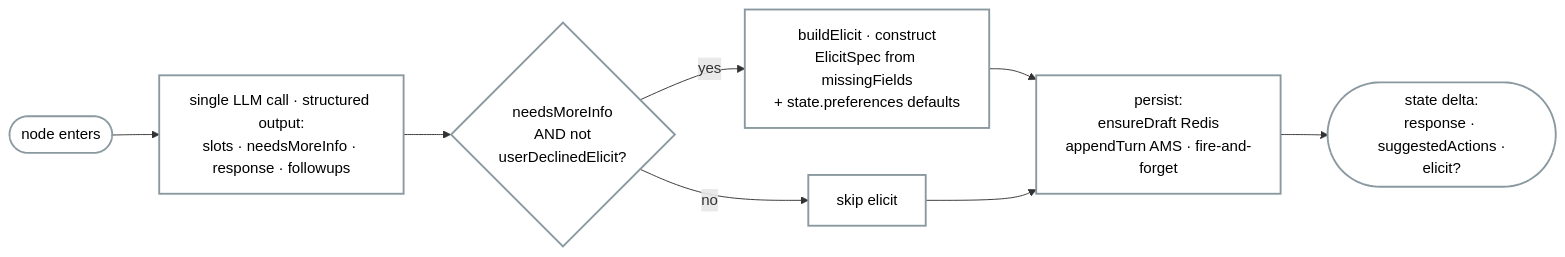
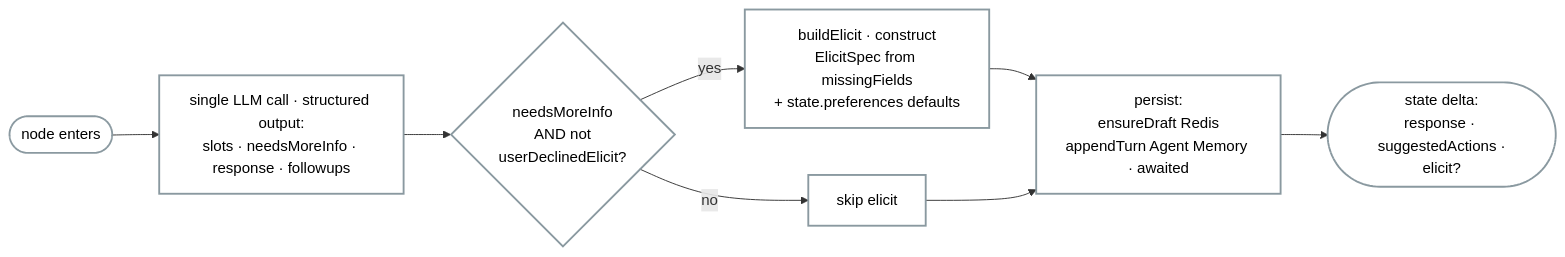
The fourth of 4 diagrams in docs/diagrams/03-langgraph-workflows.md (booleanhunter/travel-planning-agent-agui-langraph), drawn with Mermaid before and after one commit. The commit also changed other lines of this file and 8 other files, not shown here.

First line of the commit message:
docs(diagrams): realign memory to the hosted redis-iris service

````diff
--- a/docs/diagrams/03-langgraph-workflows.md
+++ b/docs/diagrams/03-langgraph-workflows.md
@@ -91,13 +91,13 @@
 ```mermaid
 flowchart LR
     IN([node enters]) --> LLM[single LLM call · structured output:<br/>slots · needsMoreInfo · response · followups]
     LLM --> ELI{needsMoreInfo<br/>AND not<br/>userDeclinedElicit?}
     ELI -- yes --> BE[buildElicit · construct<br/>ElicitSpec from missingFields<br/>+ state.preferences defaults]
     ELI -- no --> SK[skip elicit]
-    BE --> PSV[persist:<br/>ensureDraft Redis<br/>appendTurn AMS · fire-and-forget]
+    BE --> PSV[persist:<br/>ensureDraft Redis<br/>appendTurn Agent Memory · awaited]
     SK --> PSV
     PSV --> OUT([state delta:<br/>response · suggestedActions ·<br/>elicit?])
 
     classDef nodeStyle fill:transparent,color:#000000,stroke:#8a99a0,stroke-width:2px
     class IN,LLM,ELI,BE,SK,PSV,OUT nodeStyle
 ```
````
